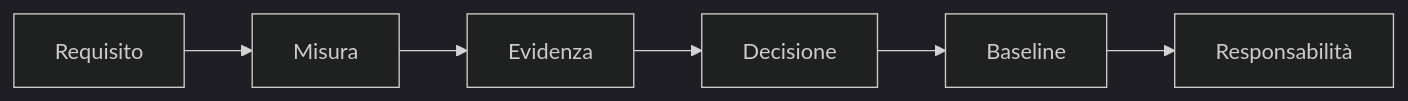
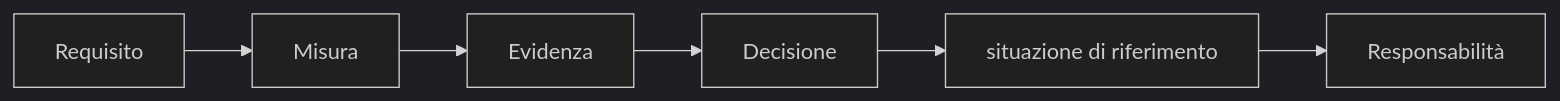
Before and after one commit to andreabz/R_per_IT: the diagram in 06-decisioni.qmd, drawn with Mermaid (dark theme). The commit also changed other lines of this file and 10 other files, not shown here.

````diff
--- a/06-decisioni.qmd
+++ b/06-decisioni.qmd
@@ -20,9 +20,9 @@
 ```{mermaid}
 %%| echo: false
 flowchart LR
   A[Requisito] --> B[Misura]
   B --> C[Evidenza]
   C --> D[Decisione]
-  D --> E[Baseline]
+  D --> E[situazione di riferimento]
   E --> F[Responsabilità]
 ``` 
````
